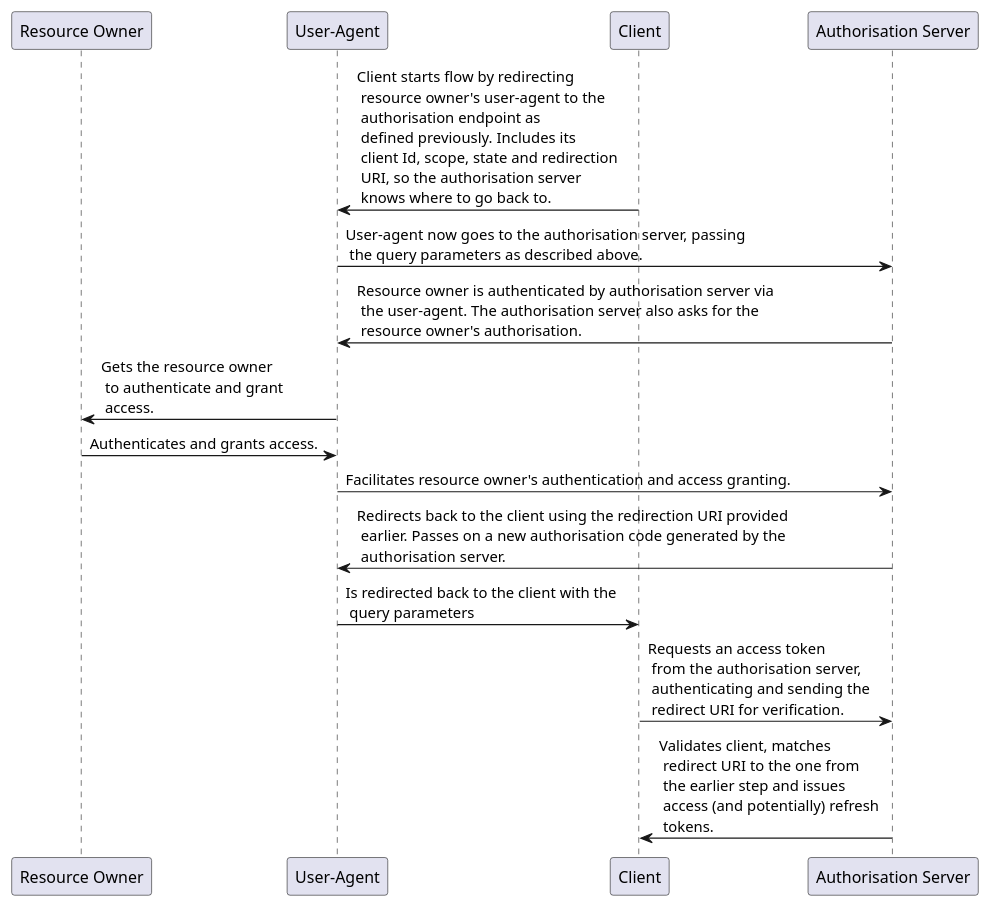
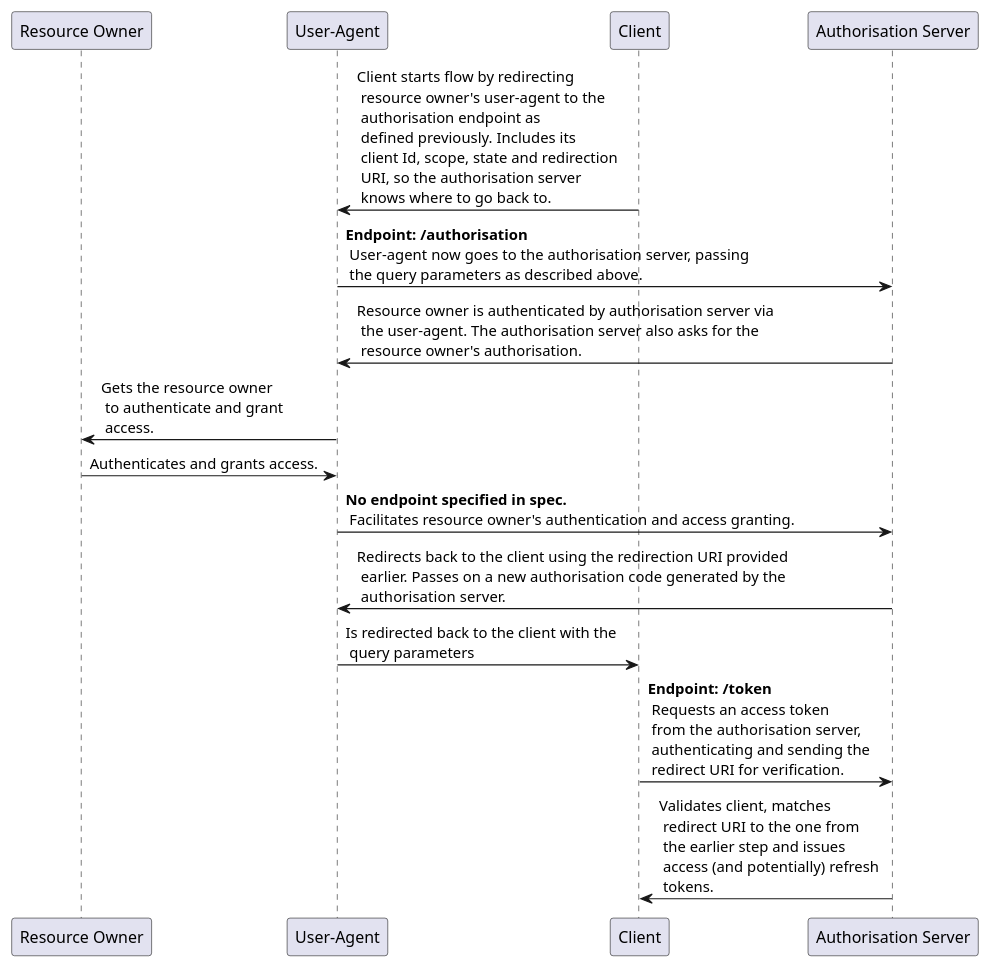
One commit to JamesCollerton/PlantUML-Diagrams changed the diagram in OAuth-Authorisation-Code-Grant.puml. Above: the diagram before and after it, drawn with PlantUML. The commit also changed 3 other files, not shown here.

Commit message:
Added all OAuth basic plant uml

```diff
--- a/OAuth-Authorisation-Code-Grant.puml
+++ b/OAuth-Authorisation-Code-Grant.puml
@@ -1,19 +1,19 @@
 @startuml
 
 participant "Resource Owner" as resource_owner
 participant "User-Agent" as user_agent
 participant "Client" as client
 participant "Authorisation Server" as authorisation_server
 
 client -> user_agent: Client starts flow by redirecting \n resource owner's user-agent to the \n authorisation endpoint as \n defined previously. Includes its \n client Id, scope, state and redirection \n URI, so the authorisation server \n knows where to go back to.
-user_agent -> authorisation_server: User-agent now goes to the authorisation server, passing \n the query parameters as described above.
+user_agent -> authorisation_server: **Endpoint: /authorisation** \n User-agent now goes to the authorisation server, passing \n the query parameters as described above.
 authorisation_server -> user_agent: Resource owner is authenticated by authorisation server via \n the user-agent. The authorisation server also asks for the \n resource owner's authorisation.
 user_agent -> resource_owner: Gets the resource owner \n to authenticate and grant \n access.
 resource_owner -> user_agent: Authenticates and grants access.
-user_agent -> authorisation_server: Facilitates resource owner's authentication and access granting.
+user_agent -> authorisation_server: **No endpoint specified in spec.** \n Facilitates resource owner's authentication and access granting.
 authorisation_server -> user_agent: Redirects back to the client using the redirection URI provided \n earlier. Passes on a new authorisation code generated by the \n authorisation server.
 user_agent -> client: Is redirected back to the client with the \n query parameters
-client -> authorisation_server: Requests an access token \n from the authorisation server, \n authenticating and sending the \n redirect URI for verification.
+client -> authorisation_server: **Endpoint: /token** \n Requests an access token \n from the authorisation server, \n authenticating and sending the \n redirect URI for verification.
 authorisation_server -> client: Validates client, matches \n redirect URI to the one from \n the earlier step and issues \n access (and potentially) refresh \n tokens.
 
 @enduml
```
